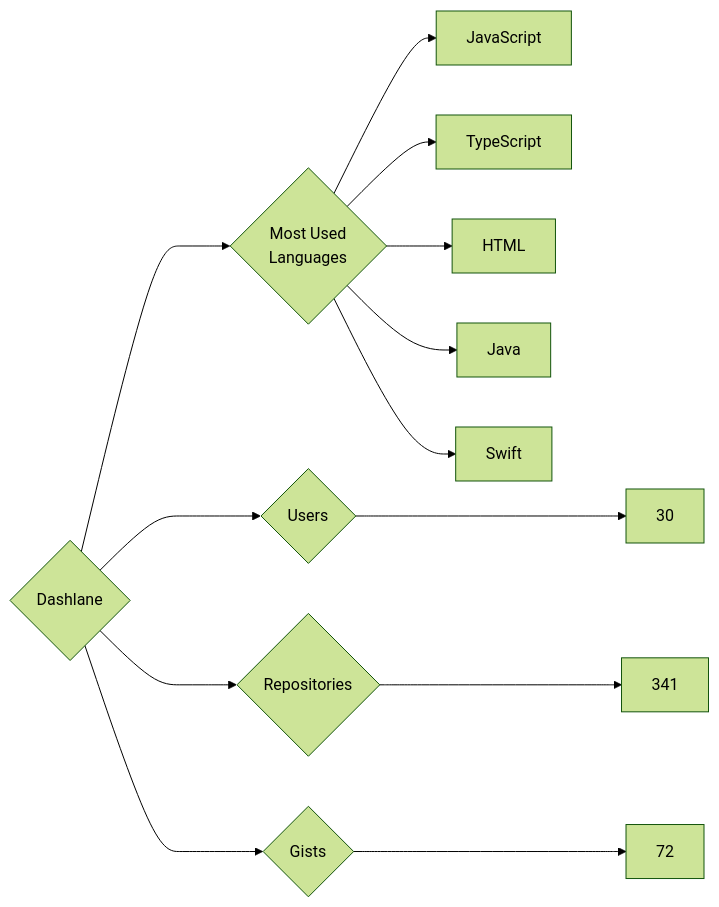
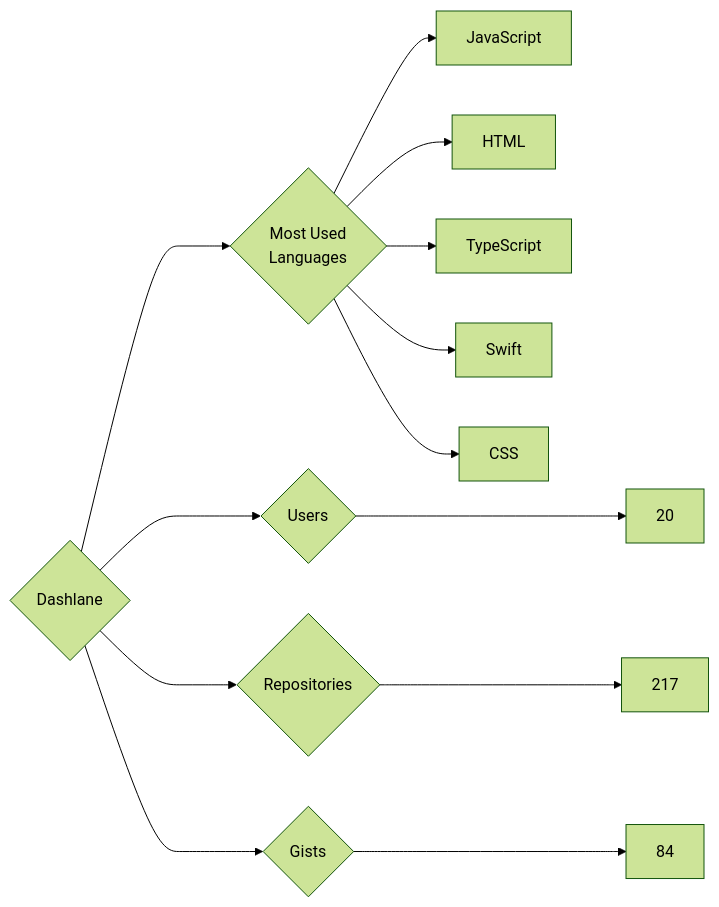
One commit to trickest/insiders changed the diagram in targets/Dashlane/README.md. Above: the diagram before and after it, drawn with Mermaid (forest theme). The commit also changed 925 other files, not shown here.

````diff
--- a/targets/Dashlane/README.md
+++ b/targets/Dashlane/README.md
@@ -3,13 +3,13 @@
 ```mermaid
 graph LR
 COMPANY_NAME{Dashlane}
-COMPANY_NAME ---> U{Users} ---> UN[30]
-COMPANY_NAME ---> R{Repositories} ---> RN[341]
-COMPANY_NAME ---> G{Gists} ---> GN[72]
+COMPANY_NAME ---> U{Users} ---> UN[20]
+COMPANY_NAME ---> R{Repositories} ---> RN[217]
+COMPANY_NAME ---> G{Gists} ---> GN[84]
 COMPANY_NAME ---> ML{Most Used<br>Languages}
 ML --> JavaScript[JavaScript]
+ML --> HTML[HTML]
 ML --> TypeScript[TypeScript]
-ML --> HTML[HTML]
-ML --> Java[Java]
 ML --> Swift[Swift]
+ML --> CSS[CSS]
 ```
````
